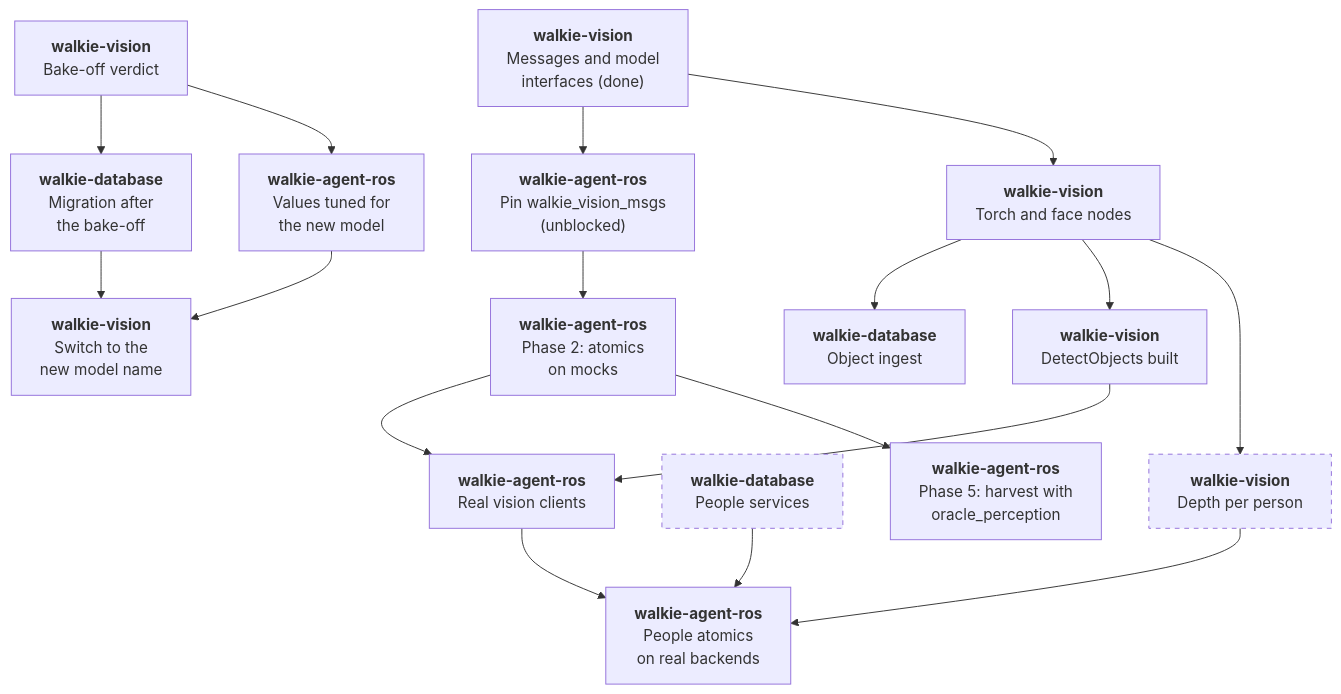
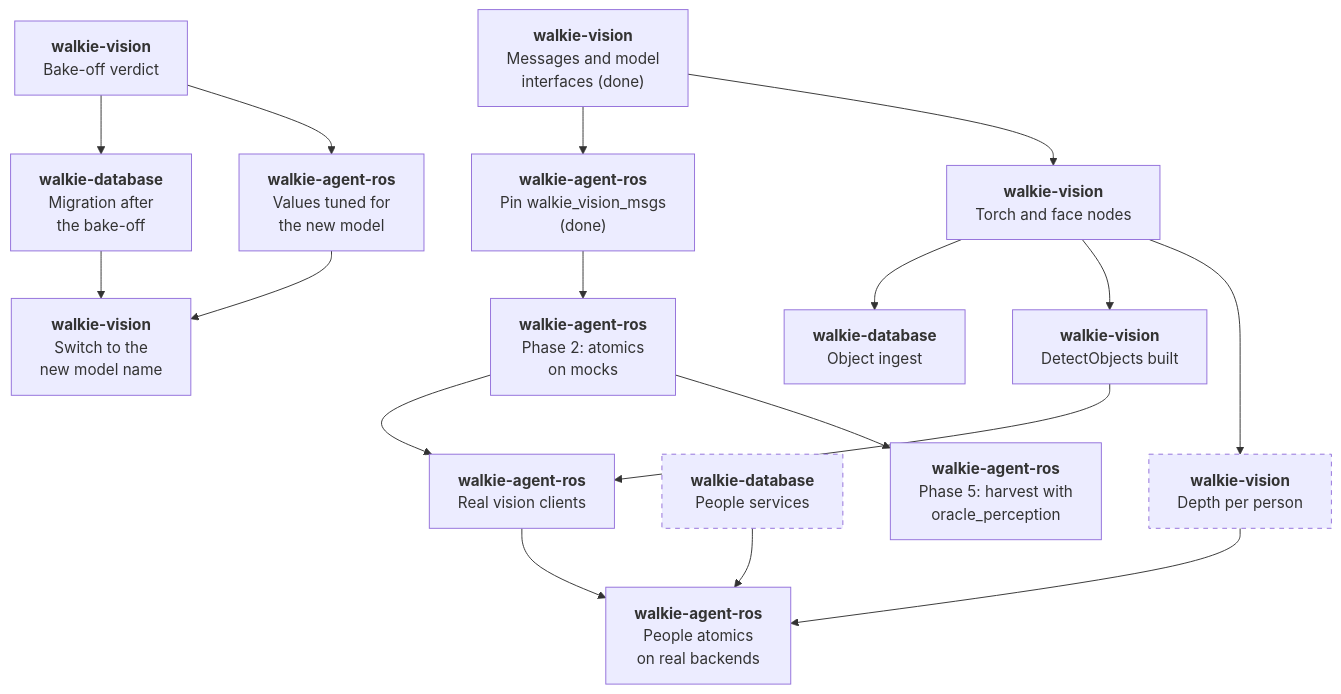
Before and after one commit to EIC-Robocup-2026/walkie-agent-ros: the fourth of 4 diagrams in docs/architecture/perception.md, drawn with Mermaid. The commit also changed other lines of this file and 10 other files, not shown here.

Commit message:
build: pin walkie_vision_msgs and build it with the other message packages

````diff
--- a/docs/architecture/perception.md
+++ b/docs/architecture/perception.md
@@ -228,36 +228,36 @@
 ```mermaid
 flowchart TB
     v0["<b>walkie-vision</b><br/>Messages and model<br/>interfaces (done)"]
     v1["<b>walkie-vision</b><br/>Torch and face nodes"]
     v2["<b>walkie-vision</b><br/>Bake-off verdict"]
     v3["<b>walkie-vision</b><br/>DetectObjects built"]
     v4["<b>walkie-vision</b><br/>Depth per person"]:::proposed
     v5["<b>walkie-vision</b><br/>Switch to the<br/>new model name"]
     d1["<b>walkie-database</b><br/>Object ingest"]
     d2["<b>walkie-database</b><br/>Migration after<br/>the bake-off"]
     d3["<b>walkie-database</b><br/>People services"]:::proposed
-    a0["<b>walkie-agent-ros</b><br/>Pin walkie_vision_msgs<br/>(unblocked)"]
+    a0["<b>walkie-agent-ros</b><br/>Pin walkie_vision_msgs<br/>(done)"]
     a1["<b>walkie-agent-ros</b><br/>Phase 2: atomics<br/>on mocks"]
     a2["<b>walkie-agent-ros</b><br/>Real vision clients"]
     a3["<b>walkie-agent-ros</b><br/>Values tuned for<br/>the new model"]
     a4["<b>walkie-agent-ros</b><br/>People atomics<br/>on real backends"]
     a5["<b>walkie-agent-ros</b><br/>Phase 5: harvest with<br/>oracle_perception"]
 
     v0 --> a0 --> a1
     v0 --> v1
     v1 --> d1
     v1 --> v3
     v1 --> v4
     v3 --> a2
     a1 --> a2
     a1 --> a5
     v2 --> d2
     v2 --> a3
     d2 --> v5
     a3 --> v5
     v4 --> a4
     d3 --> a4
     a2 --> a4
 
     classDef proposed stroke-dasharray: 5 5;
 ```
````
